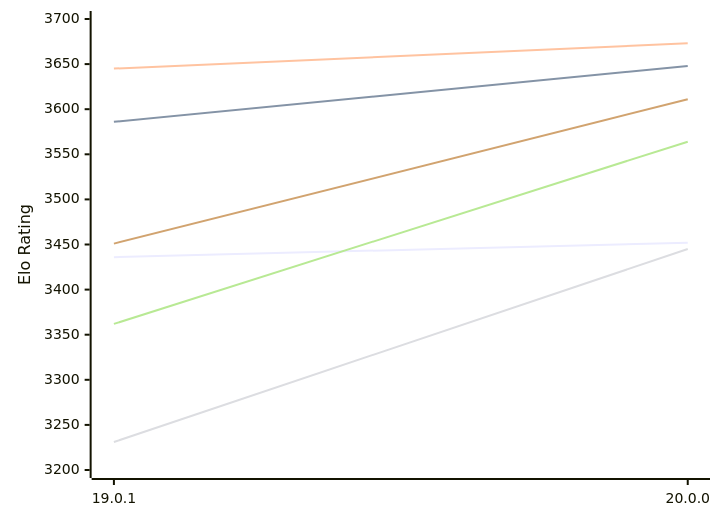
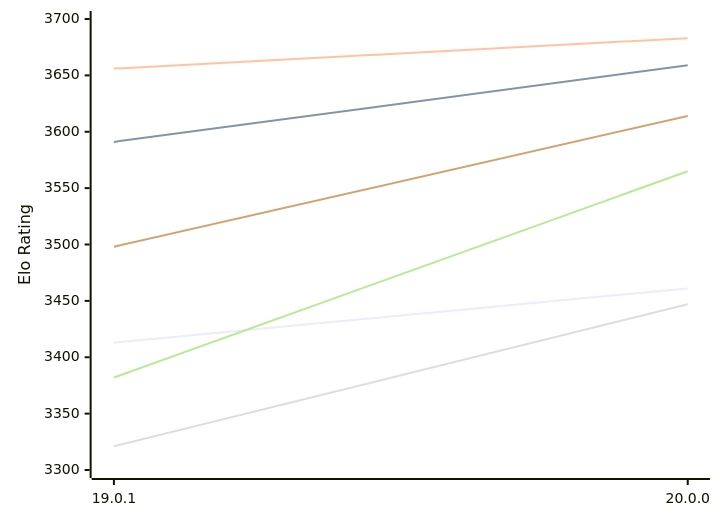
Before and after one commit to computer-chess-index/cci: the first of 2 diagrams in engines/Viridithas.md, drawn with Mermaid. The commit also changed other lines of this file, not shown here.

Commit message:
Update CCI Ratings (ELO VLTC) - 2026-11-16

````diff
--- a/engines/Viridithas.md
+++ b/engines/Viridithas.md
@@ -58,12 +58,12 @@
 ```mermaid
 %%{init: {"theme":"base","themeVariables":{"seriesColors:['#a3a3a3','#222221','#faa371']}}}%%
 xychart-beta
   x-axis ["19.0.1", "20.0.0"]
-  y-axis "Elo Rating" 3200 --> 3700
-  line "E1: STC (8.0+0.08s)" [3436, 3452]
-  line "E1: LTC (60.0+0.60s)" [3586, 3648]
-  line "E1: VLTC (2m24s+1.12s)" [3645, 3673]
-  line "P1: STC (8.0+0.08s)" [3231, 3445]
-  line "P1: LTC (60.0+0.60s)" [3362, 3564]
-  line "P1: VLTC (2m24s+1.12s)" [3451, 3611]
+  y-axis "Elo Rating" 3300 --> 3700
+  line "E1: STC (8.0+0.08s)" [3413, 3461]
+  line "E1: LTC (60.0+0.60s)" [3591, 3659]
+  line "E1: VLTC (2m24s+1.12s)" [3656, 3683]
+  line "P1: STC (8.0+0.08s)" [3321, 3447]
+  line "P1: LTC (60.0+0.60s)" [3382, 3565]
+  line "P1: VLTC (2m24s+1.12s)" [3498, 3614]
 ```
````
